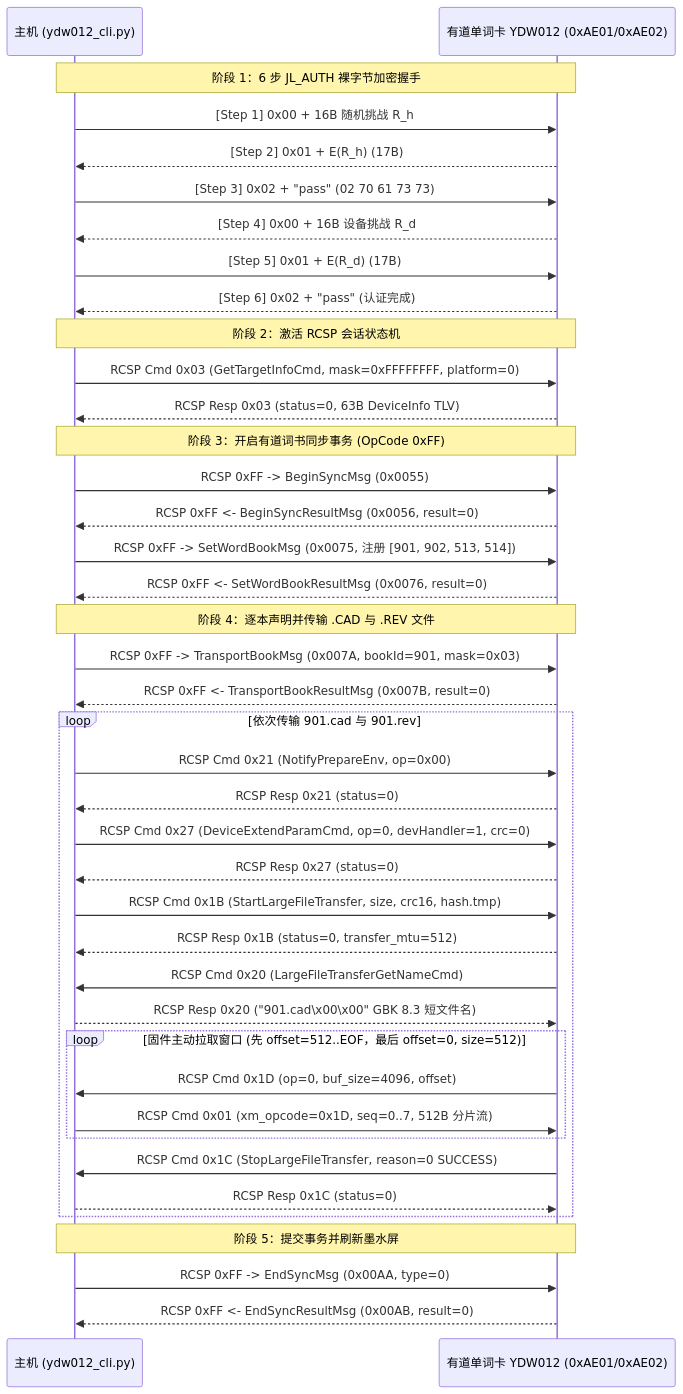
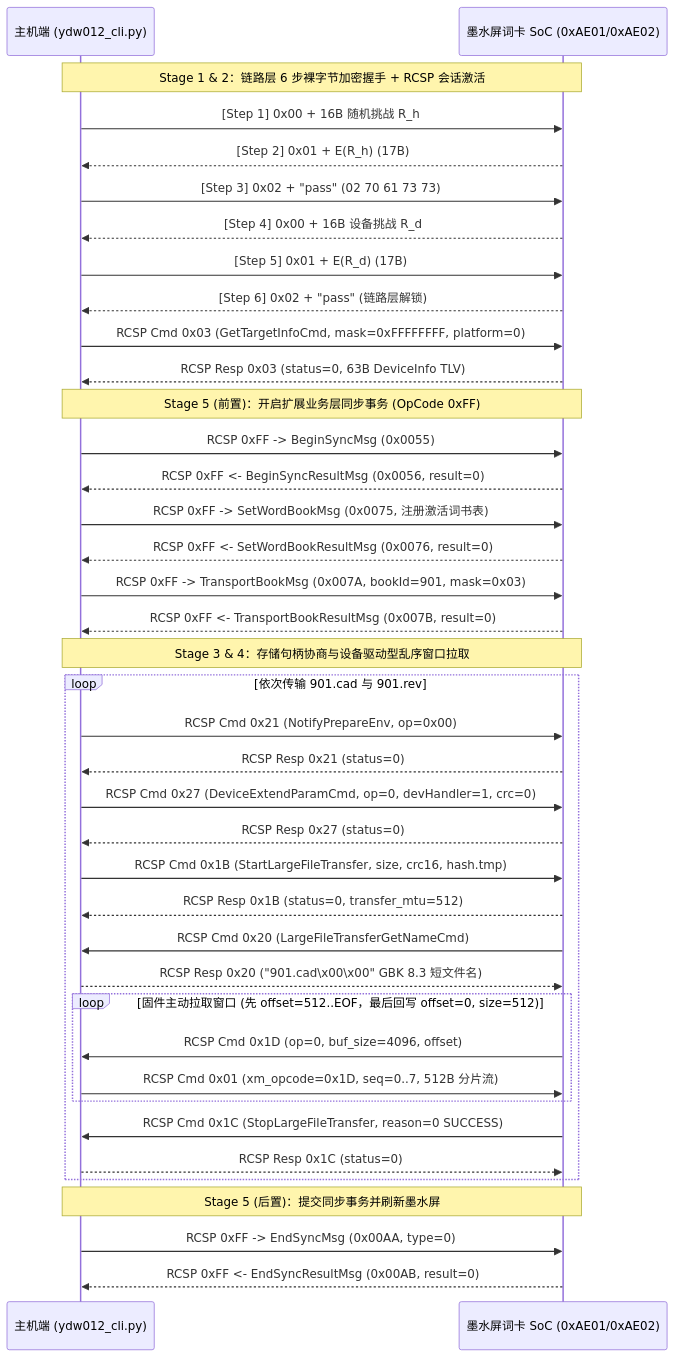
Before and after one commit to jstdlee/ble-eink-wordcard: the diagram in README.md, drawn with Mermaid. The commit also changed other lines of this file and 4 other files, not shown here.

````diff
--- a/README.md
+++ b/README.md
@@ -168,48 +183,45 @@
 ```mermaid
 sequenceDiagram
-    participant Host as 主机 (ydw012_cli.py)
-    participant Card as 有道单词卡 YDW012 (0xAE01/0xAE02)
+    participant Host as 主机端 (ydw012_cli.py)
+    participant Card as 墨水屏词卡 SoC (0xAE01/0xAE02)
 
-    Note over Host,Card: 阶段 1：6 步 JL_AUTH 裸字节加密握手
+    Note over Host,Card: Stage 1 & 2：链路层 6 步裸字节加密握手 + RCSP 会话激活
     Host->>Card: [Step 1] 0x00 + 16B 随机挑战 R_h
     Card-->>Host: [Step 2] 0x01 + E(R_h) (17B)
     Host->>Card: [Step 3] 0x02 + "pass" (02 70 61 73 73)
     Card-->>Host: [Step 4] 0x00 + 16B 设备挑战 R_d
     Host->>Card: [Step 5] 0x01 + E(R_d) (17B)
-    Card-->>Host: [Step 6] 0x02 + "pass" (认证完成)
-
-    Note over Host,Card: 阶段 2：激活 RCSP 会话状态机
+    Card-->>Host: [Step 6] 0x02 + "pass" (链路层解锁)
     Host->>Card: RCSP Cmd 0x03 (GetTargetInfoCmd, mask=0xFFFFFFFF, platform=0)
     Card-->>Host: RCSP Resp 0x03 (status=0, 63B DeviceInfo TLV)
 
-    Note over Host,Card: 阶段 3：开启有道词书同步事务 (OpCode 0xFF)
+    Note over Host,Card: Stage 5 (前置)：开启扩展业务层同步事务 (OpCode 0xFF)
     Host->>Card: RCSP 0xFF -> BeginSyncMsg (0x0055)
     Card-->>Host: RCSP 0xFF <- BeginSyncResultMsg (0x0056, result=0)
-    Host->>Card: RCSP 0xFF -> SetWordBookMsg (0x0075, 注册 [901, 902, 513, 514])
+    Host->>Card: RCSP 0xFF -> SetWordBookMsg (0x0075, 注册激活词书表)
     Card-->>Host: RCSP 0xFF <- SetWordBookResultMsg (0x0076, result=0)
-
-    Note over Host,Card: 阶段 4：逐本声明并传输 .CAD 与 .REV 文件
     Host->>Card: RCSP 0xFF -> TransportBookMsg (0x007A, bookId=901, mask=0x03)
     Card-->>Host: RCSP 0xFF <- TransportBookResultMsg (0x007B, result=0)
 
+    Note over Host,Card: Stage 3 & 4：存储句柄协商与设备驱动型乱序窗口拉取
     loop 依次传输 901.cad 与 901.rev
         Host->>Card: RCSP Cmd 0x21 (NotifyPrepareEnv, op=0x00)
         Card-->>Host: RCSP Resp 0x21 (status=0)
         Host->>Card: RCSP Cmd 0x27 (DeviceExtendParamCmd, op=0, devHandler=1, crc=0)
         Card-->>Host: RCSP Resp 0x27 (status=0)
         Host->>Card: RCSP Cmd 0x1B (StartLargeFileTransfer, size, crc16, hash.tmp)
         Card-->>Host: RCSP Resp 0x1B (status=0, transfer_mtu=512)
         Card->>Host: RCSP Cmd 0x20 (LargeFileTransferGetNameCmd)
         Host-->>Card: RCSP Resp 0x20 ("901.cad\x00\x00" GBK 8.3 短文件名)
-        loop 固件主动拉取窗口 (先 offset=512..EOF，最后 offset=0, size=512)
+        loop 固件主动拉取窗口 (先 offset=512..EOF，最后回写 offset=0, size=512)
             Card->>Host: RCSP Cmd 0x1D (op=0, buf_size=4096, offset)
             Host->>Card: RCSP Cmd 0x01 (xm_opcode=0x1D, seq=0..7, 512B 分片流)
         end
         Card->>Host: RCSP Cmd 0x1C (StopLargeFileTransfer, reason=0 SUCCESS)
         Host-->>Card: RCSP Resp 0x1C (status=0)
     end
 
-    Note over Host,Card: 阶段 5：提交事务并刷新墨水屏
+    Note over Host,Card: Stage 5 (后置)：提交同步事务并刷新墨水屏
     Host->>Card: RCSP 0xFF -> EndSyncMsg (0x00AA, type=0)
     Card-->>Host: RCSP 0xFF <- EndSyncResultMsg (0x00AB, result=0)
 ```
````
